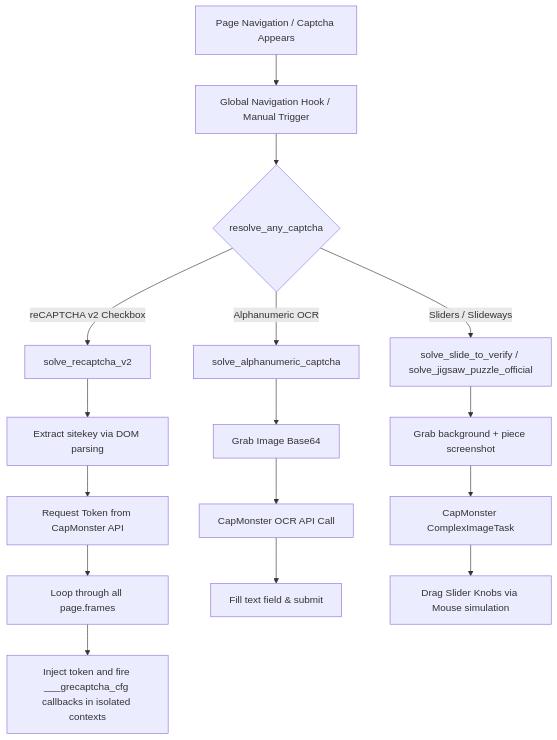
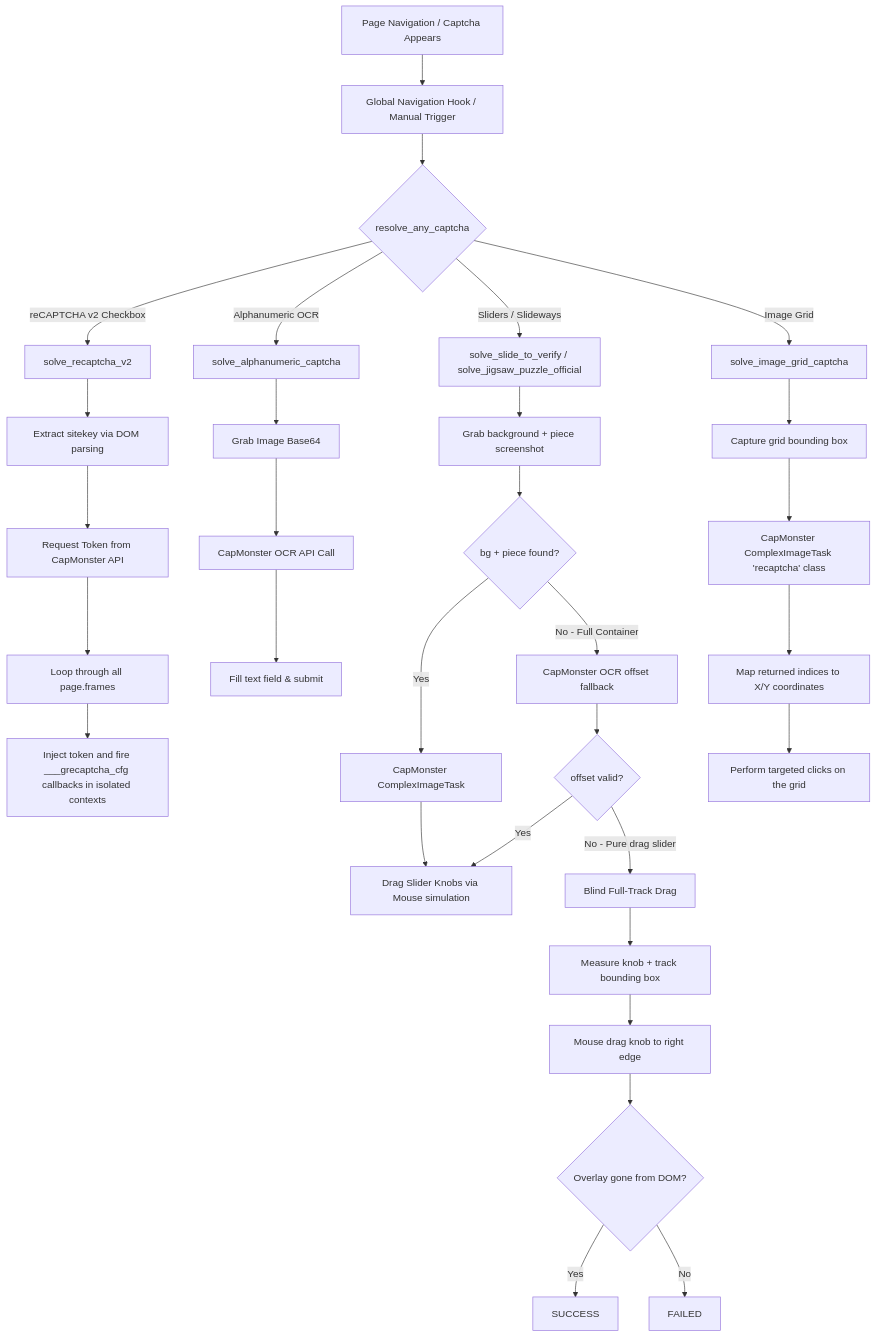
Before and after one commit to HaiqalHarona/Playwright-Scraper: the diagram in README_CAPTCHA.md, drawn with Mermaid. The commit also changed other lines of this file and 8 other files, not shown here.

````diff
--- a/README_CAPTCHA.md
+++ b/README_CAPTCHA.md
@@ -88,22 +95,38 @@
 ```mermaid
 graph TD
     A[Page Navigation / Captcha Appears] --> B[Global Navigation Hook / Manual Trigger]
     B --> C{resolve_any_captcha}
     
     C -->|reCAPTCHA v2 Checkbox| D[solve_recaptcha_v2]
     C -->|Alphanumeric OCR| E[solve_alphanumeric_captcha]
     C -->|Sliders / Slideways| F[solve_slide_to_verify / solve_jigsaw_puzzle_official]
+    C -->|Image Grid| G[solve_image_grid_captcha]
     
     D --> D1[Extract sitekey via DOM parsing]
     D1 --> D2[Request Token from CapMonster API]
     D2 --> D3[Loop through all page.frames]
     D3 --> D4[Inject token and fire ___grecaptcha_cfg callbacks in isolated contexts]
     
     E --> E1[Grab Image Base64]
     E1 --> E2[CapMonster OCR API Call]
     E2 --> E3[Fill text field & submit]
     
     F --> F1[Grab background + piece screenshot]
-    F1 --> F2[CapMonster ComplexImageTask]
-    F2 --> F3[Drag Slider Knobs via Mouse simulation]
+    F1 --> F2{bg + piece found?}
+    F2 -->|Yes| F3[CapMonster ComplexImageTask]
+    F3 --> F4[Drag Slider Knobs via Mouse simulation]
+    F2 -->|No - Full Container| F5[CapMonster OCR offset fallback]
+    F5 --> F6{offset valid?}
+    F6 -->|Yes| F4
+    F6 -->|No - Pure drag slider| F7[Blind Full-Track Drag]
+    F7 --> F8[Measure knob + track bounding box]
+    F8 --> F9[Mouse drag knob to right edge]
+    F9 --> F10{Overlay gone from DOM?}
+    F10 -->|Yes| F11[SUCCESS]
+    F10 -->|No| F12[FAILED]
+    
+    G --> G1[Capture grid bounding box]
+    G1 --> G2[CapMonster ComplexImageTask 'recaptcha' class]
+    G2 --> G3[Map returned indices to X/Y coordinates]
+    G3 --> G4[Perform targeted clicks on the grid]
 ```
````
